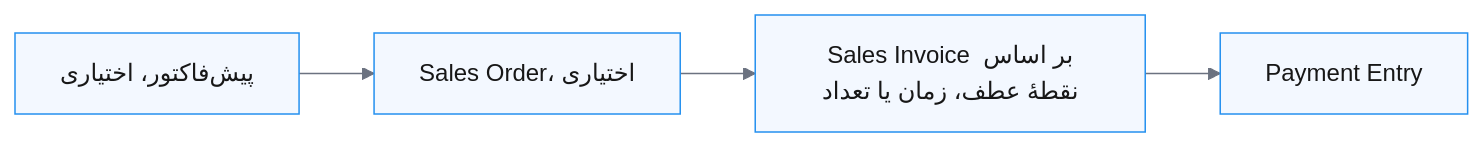
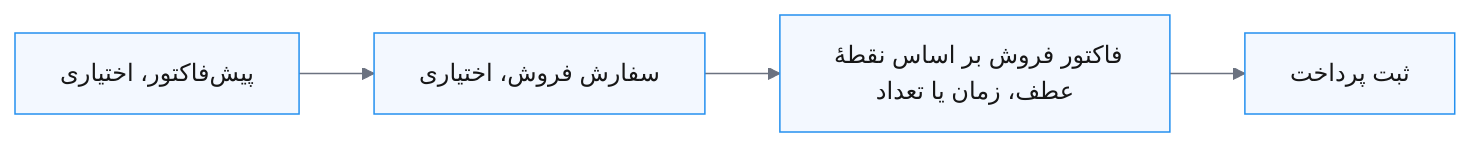
One commit to shahinesi/frappe_docs-persian changed the fourth of 9 diagrams in content/fa/erpnext/accounting-workflows-by-business-type.md. Above: the diagram before and after it, drawn with Mermaid. The commit also changed other lines of this file and 7 other files, not shown here.

Commit message:
Localize ERPNext purchasing workflow diagrams

````diff
--- a/content/fa/erpnext/accounting-workflows-by-business-type.md
+++ b/content/fa/erpnext/accounting-workflows-by-business-type.md
@@ -96,7 +96,7 @@
 ```mermaid
 %%{init: {"theme":"base","themeVariables":{"primaryColor":"#F3F8FF","primaryBorderColor":"#2490EF","primaryTextColor":"#171717","lineColor":"#6B7280","secondaryColor":"#FFFFFF","tertiaryColor":"#F8F9FA"}}}%%
 flowchart LR
-    Q["پیش‌فاکتور، اختیاری"] --> SO["Sales Order، اختیاری"]
-    SO --> SI["Sales Invoice بر اساس نقطهٔ عطف، زمان یا تعداد"]
-    SI --> PE["Payment Entry"]
+    Q["پیش‌فاکتور، اختیاری"] --> SO["سفارش فروش، اختیاری"]
+    SO --> SI["فاکتور فروش بر اساس نقطهٔ عطف، زمان یا تعداد"]
+    SI --> PE["ثبت پرداخت"]
 ```
````
